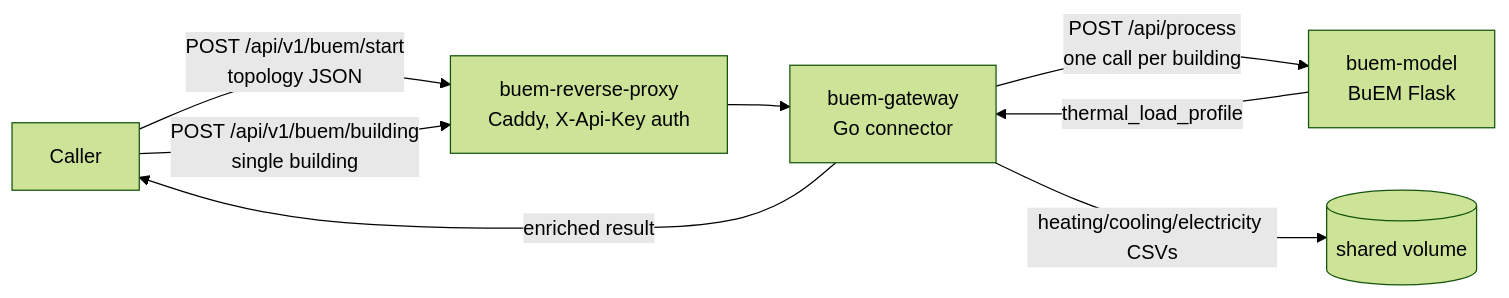
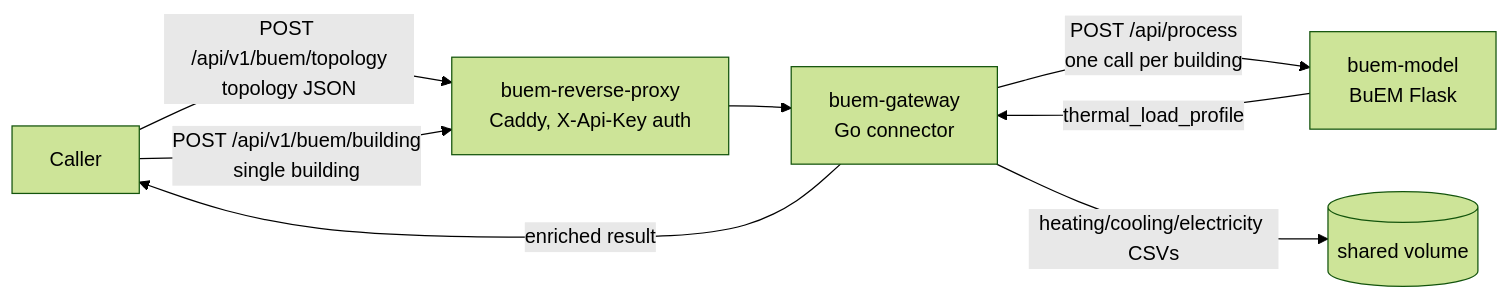
The diagram in README.md (enerplanet/buem-gateway), drawn with Mermaid (forest theme) before and after one commit. The commit also changed other lines of this file and 7 other files, not shown here.

First line of the commit message:
feat!: rename /api/v1/buem/start to /api/v1/buem/topology

````diff
--- a/README.md
+++ b/README.md
@@ -24,10 +24,10 @@
 ```mermaid
 graph LR
-    CALLER[Caller] -->|POST /api/v1/buem/start<br>topology JSON| PROXY[buem-reverse-proxy<br>Caddy, X-Api-Key auth]
+    CALLER[Caller] -->|POST /api/v1/buem/topology<br>topology JSON| PROXY[buem-reverse-proxy<br>Caddy, X-Api-Key auth]
     CALLER -->|POST /api/v1/buem/building<br>single building| PROXY
     PROXY --> APP[buem-gateway<br>Go connector]
     APP -->|POST /api/process<br>one call per building| MODEL[buem-model<br>BuEM Flask]
     MODEL -->|thermal_load_profile| APP
     APP -->|enriched result| CALLER
     APP -->|heating/cooling/electricity CSVs| VOL[(shared volume)]
 ```
````
